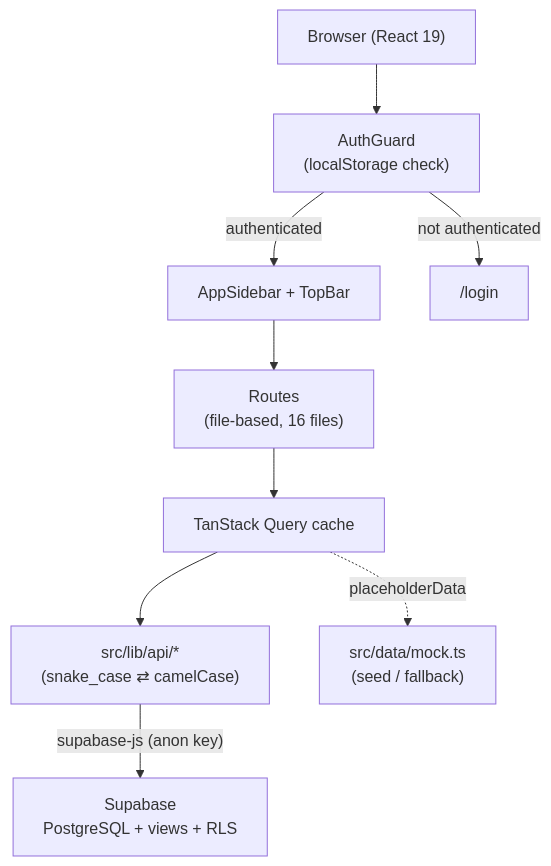
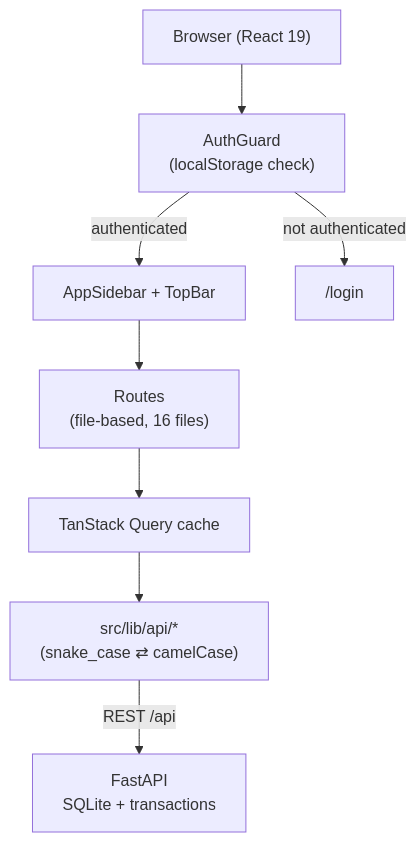
Before and after one commit to Jestx170/puy: the diagram in README.md, drawn with Mermaid. The commit also changed other lines of this file and 44 other files, not shown here.

````diff
--- a/README.md
+++ b/README.md
@@ -72,20 +72,18 @@
 ```mermaid
 flowchart TD
     Browser["Browser (React 19)"]
     Guard["AuthGuard<br/>(localStorage check)"]
     Layout["AppSidebar + TopBar"]
     Routes["Routes<br/>(file-based, 16 files)"]
     Query["TanStack Query cache"]
     ApiLayer["src/lib/api/*<br/>(snake_case ⇄ camelCase)"]
-    Mock["src/data/mock.ts<br/>(seed / fallback)"]
-    Supabase["Supabase<br/>PostgreSQL + views + RLS"]
+    Backend["FastAPI<br/>SQLite + transactions"]
 
     Browser --> Guard
     Guard -->|"authenticated"| Layout
     Guard -->|"not authenticated"| Login["/login"]
     Layout --> Routes
     Routes --> Query
     Query --> ApiLayer
-    Query -.->|"placeholderData"| Mock
-    ApiLayer -->|"supabase-js (anon key)"| Supabase
+    ApiLayer -->|"REST /api"| Backend
 ```
````
